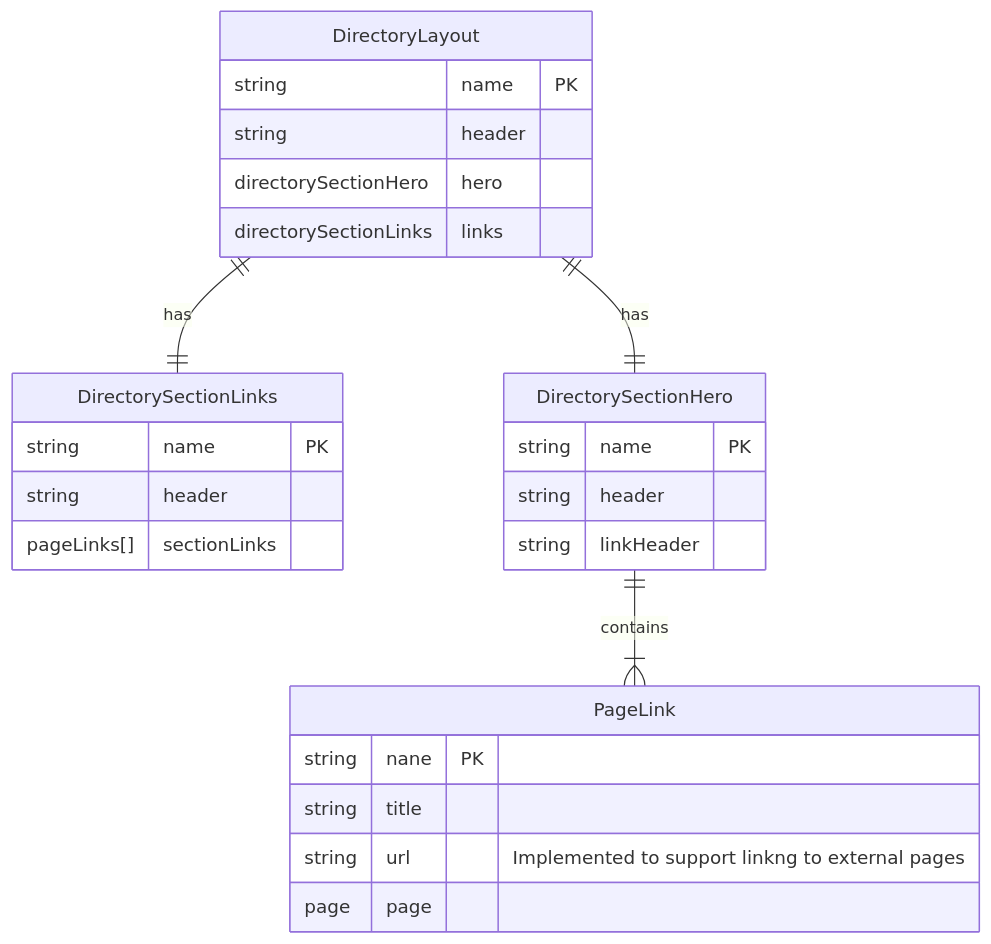
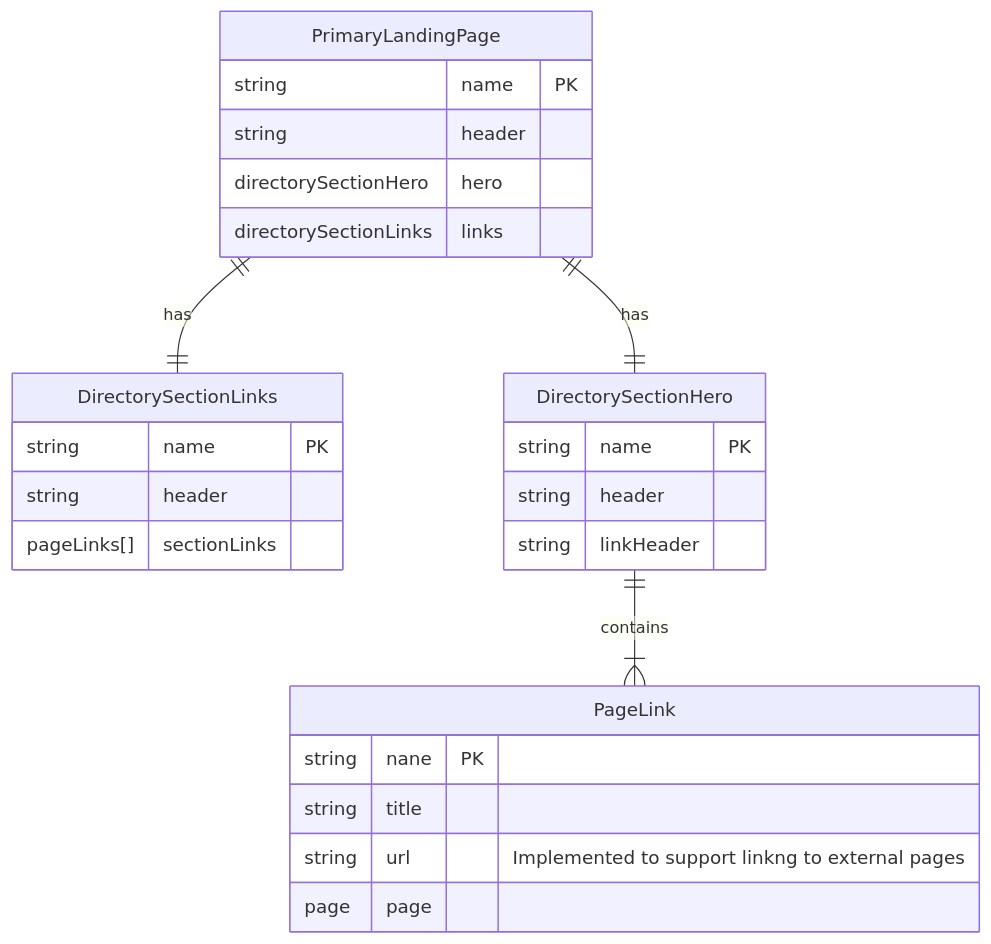
One commit to brendanpowershifter/erd-docs changed the diagram in src/directoryLayout-erd.md. Above: the diagram before and after it, drawn with Mermaid. The commit also changed 21 other files, not shown here.

````diff
--- a/src/directoryLayout-erd.md
+++ b/src/directoryLayout-erd.md
@@ -1,30 +1,30 @@
 ```mermaid
   erDiagram
 
-  DirectoryLayout||--||DirectorySectionLinks: has
-  DirectoryLayout||--||DirectorySectionHero: has
+  PrimaryLandingPage||--||DirectorySectionLinks: has
+  PrimaryLandingPage||--||DirectorySectionHero: has
   DirectorySectionHero||--|{PageLink: contains
-  DirectoryLayout {
+  PrimaryLandingPage {
     string name PK
     string header
     directorySectionHero hero
     directorySectionLinks links
   }
   DirectorySectionHero {
     string name PK
     string header
     string linkHeader
 
   }
   DirectorySectionLinks {
     string name PK
     string header
     pageLinks[] sectionLinks
   }
   PageLink {
     string nane PK
     string title
     string url "Implemented to support linkng to external pages"
     page page
   }
 ```
````
